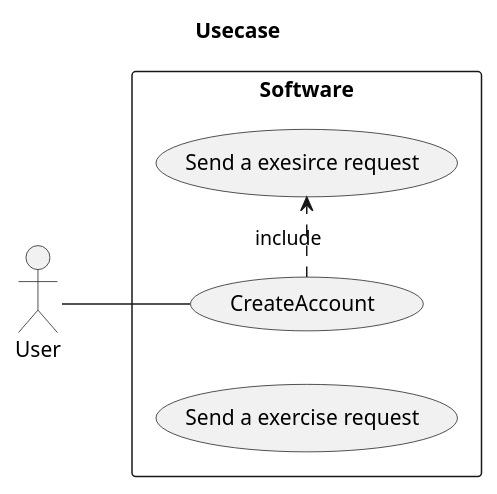
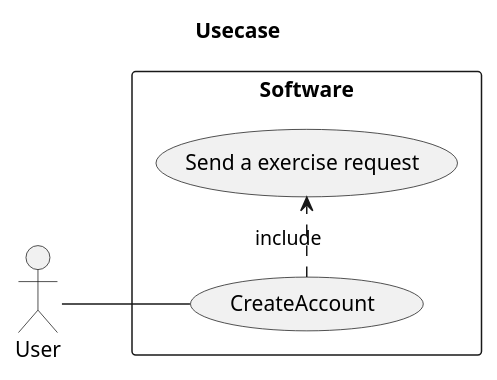
One commit to oleksandrblazhko/ai-214-kravchishina changed the diagram in 2-SoftwareDesign/2.7-PlantUML/UML-UseCase.puml. Above: the diagram before and after it, drawn with PlantUML.

```diff
--- a/2-SoftwareDesign/2.7-PlantUML/UML-UseCase.puml
+++ b/2-SoftwareDesign/2.7-PlantUML/UML-UseCase.puml
@@ -1,16 +1,16 @@
 @startuml
 
 title Usecase 
 left to right direction
 actor :User:
 
 rectangle Software {
 
     usecase (CreateAccount)
     usecase (Send a exercise request)
 
    :User: -- (CreateAccount)
-   (CreateAccount) .> (Send a exesirce request) : include
+   (CreateAccount) .> (Send a exercise request) : include
 }
 
 @enduml
```
